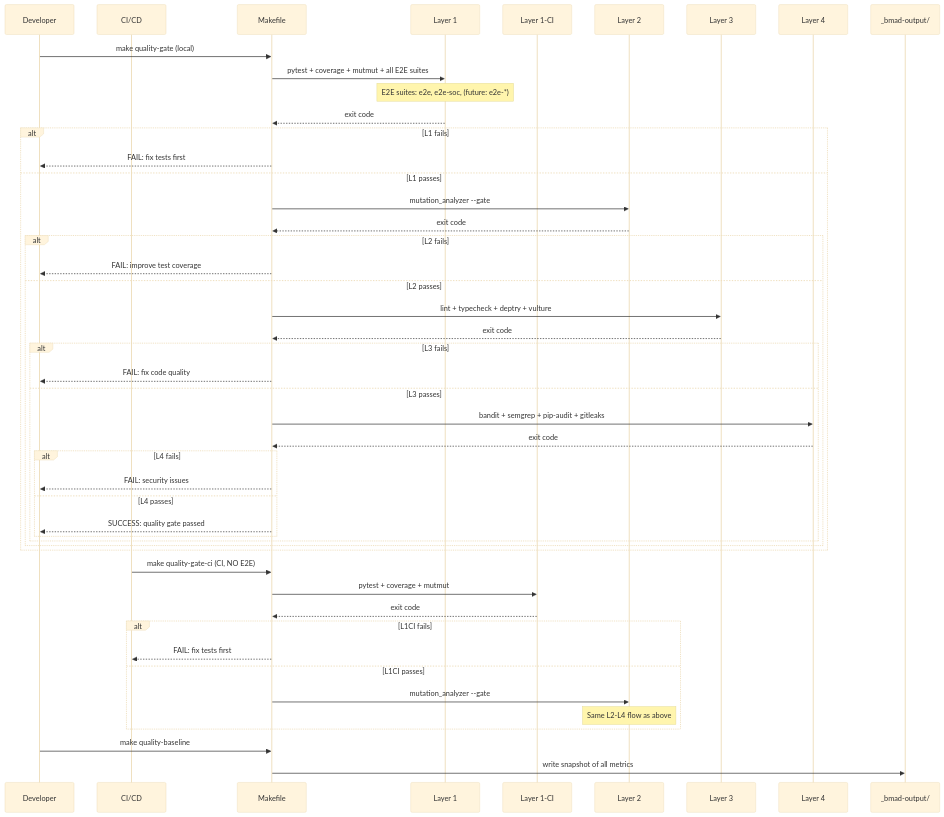
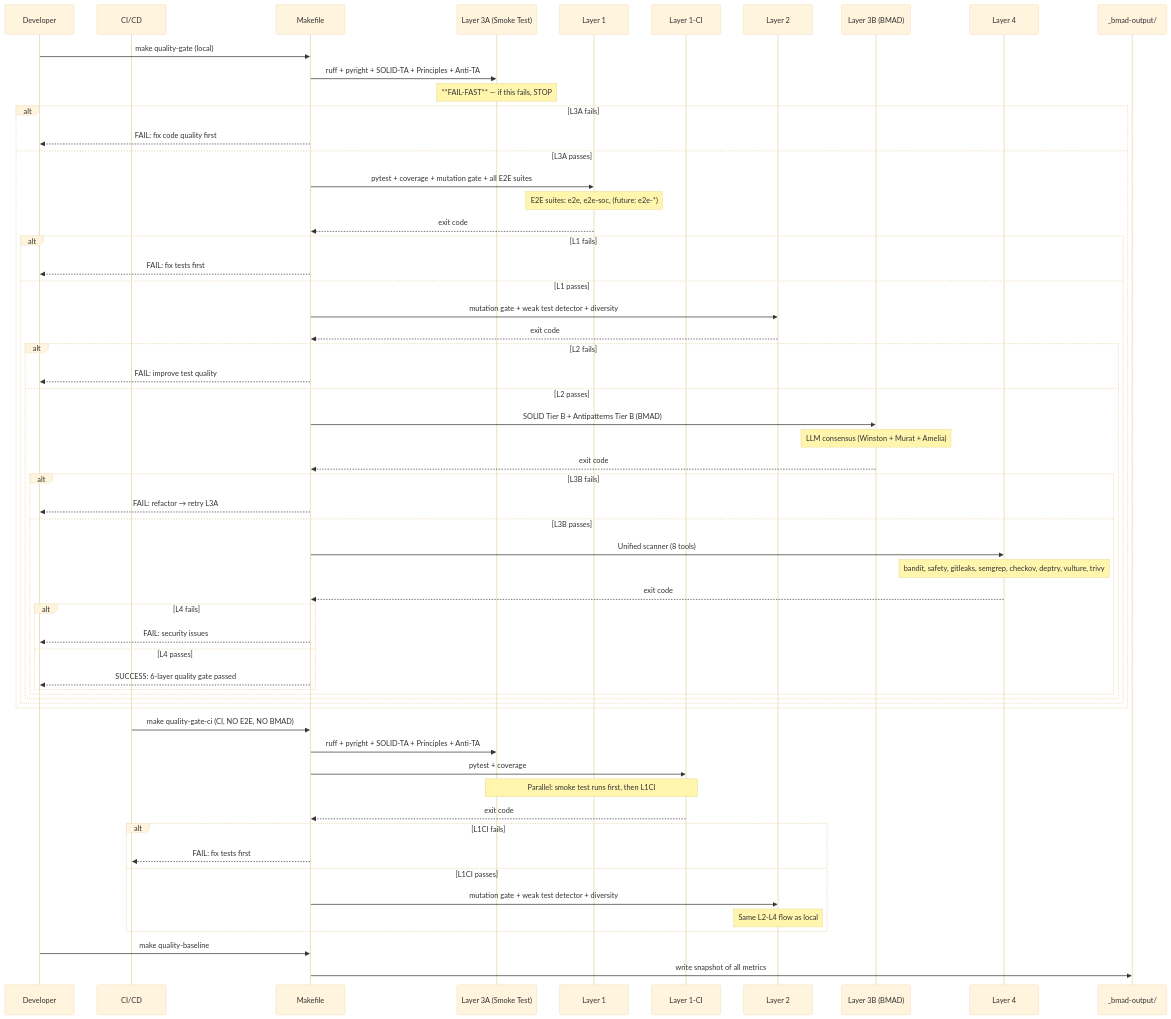
Before and after one commit to informatico-madrid/ha-ev-trip-planner: the second of 2 diagrams in specs/tooling-foundation/design.md, drawn with Mermaid (base theme). The commit also changed other lines of this file and 8 other files, not shown here.

First line of the commit message:
Enhance Quality Gate Architecture and Tooling Specifications

````diff
--- a/specs/tooling-foundation/design.md
+++ b/specs/tooling-foundation/design.md
@@ -242,58 +288,69 @@
 ```mermaid
 sequenceDiagram
     participant Dev as Developer
     participant CI as CI/CD
     participant Make as Makefile
+    participant L3A as Layer 3A (Smoke Test)
     participant L1 as Layer 1
     participant L1CI as Layer 1-CI
     participant L2 as Layer 2
-    participant L3 as Layer 3
+    participant L3B as Layer 3B (BMAD)
     participant L4 as Layer 4
     participant Out as _bmad-output/
 
     Dev->>Make: make quality-gate (local)
-    Make->>L1: pytest + coverage + mutmut + all E2E suites
-    Note over L1: E2E suites: e2e, e2e-soc, (future: e2e-*)
-    L1-->>Make: exit code
+    Make->>L3A: ruff + pyright + SOLID-TA + Principles + Anti-TA
+    Note over L3A: **FAIL-FAST** — if this fails, STOP
 
-    alt L1 fails
-        Make-->>Dev: FAIL: fix tests first
-    else L1 passes
-        Make->>L2: mutation_analyzer --gate
-        L2-->>Make: exit code
+    alt L3A fails
+        Make-->>Dev: FAIL: fix code quality first
+    else L3A passes
+        Make->>L1: pytest + coverage + mutation gate + all E2E suites
+        Note over L1: E2E suites: e2e, e2e-soc, (future: e2e-*)
+        L1-->>Make: exit code
 
-        alt L2 fails
-            Make-->>Dev: FAIL: improve test coverage
-        else L2 passes
-            Make->>L3: lint + typecheck + deptry + vulture
-            L3-->>Make: exit code
+        alt L1 fails
+            Make-->>Dev: FAIL: fix tests first
+        else L1 passes
+            Make->>L2: mutation gate + weak test detector + diversity
+            L2-->>Make: exit code
 
-            alt L3 fails
-                Make-->>Dev: FAIL: fix code quality
-            else L3 passes
-                Make->>L4: bandit + semgrep + pip-audit + gitleaks
-                L4-->>Make: exit code
+            alt L2 fails
+                Make-->>Dev: FAIL: improve test quality
+            else L2 passes
+                Make->>L3B: SOLID Tier B + Antipatterns Tier B (BMAD)
+                Note over L3B: LLM consensus (Winston + Murat + Amelia)
+                L3B-->>Make: exit code
 
-                alt L4 fails
-                    Make-->>Dev: FAIL: security issues
-                else L4 passes
-                    Make-->>Dev: SUCCESS: quality gate passed
+                alt L3B fails
+                    Make-->>Dev: FAIL: refactor → retry L3A
+                else L3B passes
+                    Make->>L4: Unified scanner (8 tools)
+                    Note over L4: bandit, safety, gitleaks, semgrep, checkov, deptry, vulture, trivy
+                    L4-->>Make: exit code
+
+                    alt L4 fails
+                        Make-->>Dev: FAIL: security issues
+                    else L4 passes
+                        Make-->>Dev: SUCCESS: 6-layer quality gate passed
+                    end
                 end
             end
         end
     end
 
-    CI->>Make: make quality-gate-ci (CI, NO E2E)
-    Make->>L1CI: pytest + coverage + mutmut
+    CI->>Make: make quality-gate-ci (CI, NO E2E, NO BMAD)
+    Make->>L3A: ruff + pyright + SOLID-TA + Principles + Anti-TA
+    Make->>L1CI: pytest + coverage
+    Note over L1CI,L3A: Parallel: smoke test runs first, then L1CI
     L1CI-->>Make: exit code
-
     alt L1CI fails
         Make-->>CI: FAIL: fix tests first
     else L1CI passes
-        Make->>L2: mutation_analyzer --gate
-        Note over L2: Same L2-L4 flow as above
+        Make->>L2: mutation gate + weak test detector + diversity
+        Note over L2: Same L2-L4 flow as local
     end
 
     Dev->>Make: make quality-baseline
     Make->>Out: write snapshot of all metrics
 ```
````
